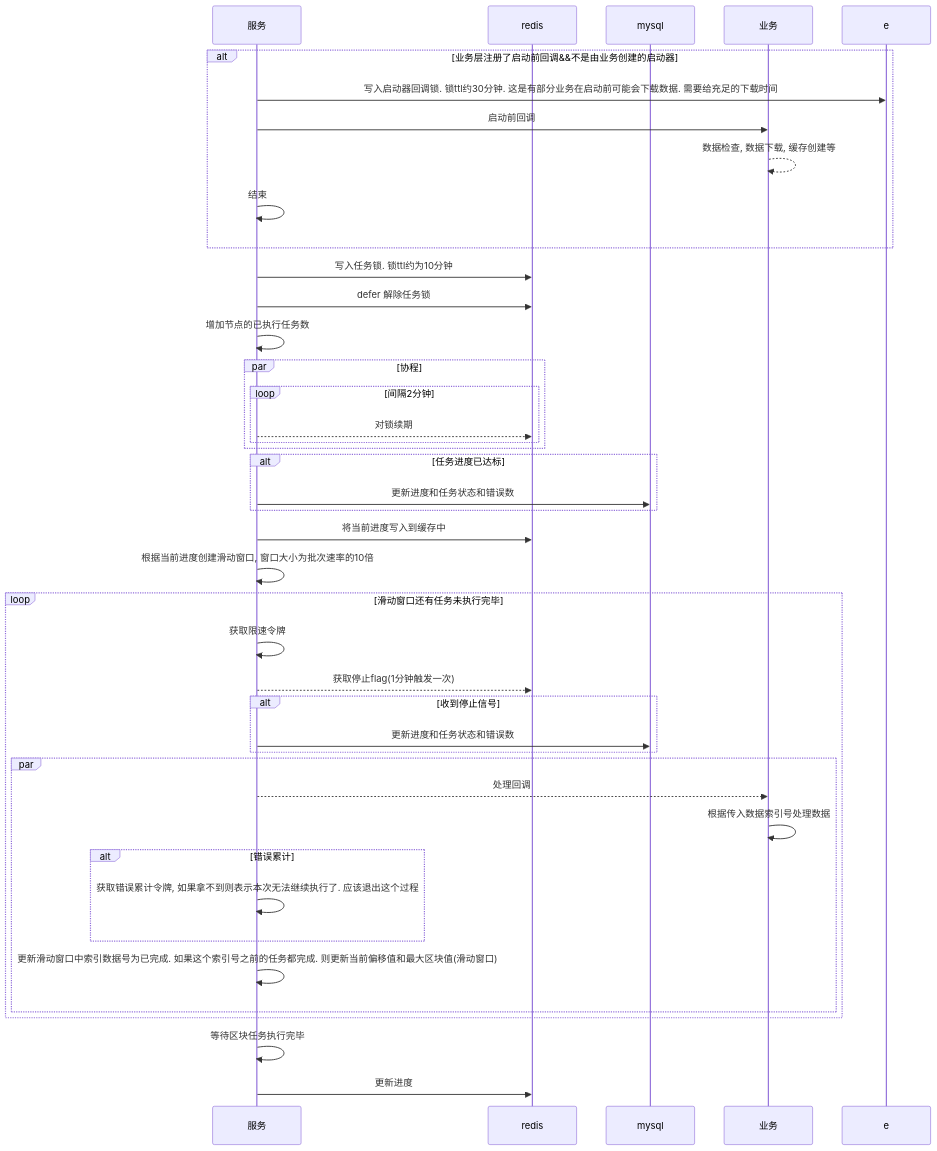
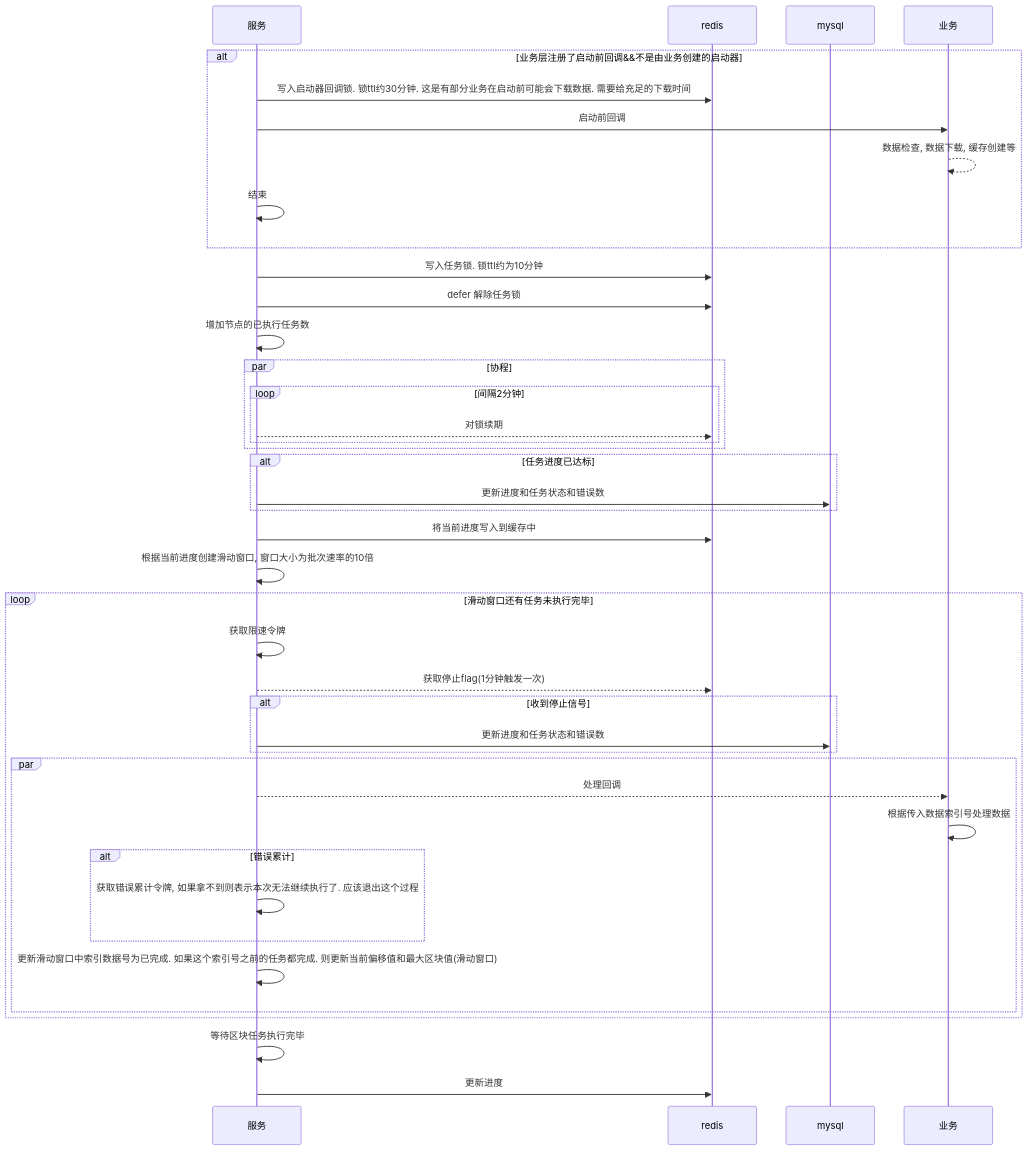
Before and after one commit to zlyuancn/batch_job: the third of 5 diagrams in readme.md, drawn with Mermaid. The commit also changed other lines of this file, not shown here.

````diff
--- a/readme.md
+++ b/readme.md
@@ -68,52 +68,52 @@
 ```mermaid
 sequenceDiagram
 participant b as 服务
 participant c as redis
 participant d as mysql
 participant f as 业务
 
 alt 业务层注册了启动前回调&&不是由业务创建的启动器
-  b ->> e: 写入启动器回调锁. 锁ttl约30分钟. 这是有部分业务在启动前可能会下载数据. 需要给充足的下载时间
+  b ->> c: 写入启动器回调锁. 锁ttl约30分钟. 这是有部分业务在启动前可能会下载数据. 需要给充足的下载时间
   b ->> f: 启动前回调
   f -->> f: 数据检查, 数据下载, 缓存创建等
   b ->> b: 结束
 end
 
 b ->> c: 写入任务锁. 锁ttl约为10分钟
 b ->> c: defer 解除任务锁
 
 b ->> b: 增加节点的已执行任务数
 par 协程
   loop 间隔2分钟
    b -->> c: 对锁续期
   end
 end
 
 alt 任务进度已达标
   b ->> d: 更新进度和任务状态和错误数
 end
 
 b ->> c: 将当前进度写入到缓存中
 
 b ->> b: 根据当前进度创建滑动窗口, 窗口大小为批次速率的10倍
 
 loop 滑动窗口还有任务未执行完毕
   b ->> b: 获取限速令牌
   
   b -->> c: 获取停止flag(1分钟触发一次)
   alt 收到停止信号
     b ->> d: 更新进度和任务状态和错误数
   end
   
   par
     b -->> f: 处理回调
     f ->> f: 根据传入数据索引号处理数据
     alt 错误累计
       b ->> b: 获取错误累计令牌, 如果拿不到则表示本次无法继续执行了. 应该退出这个过程
     end
     b ->> b: 更新滑动窗口中索引数据号为已完成. 如果这个索引号之前的任务都完成. 则更新当前偏移值和最大区块值(滑动窗口)
   end
 end
 b ->> b: 等待区块任务执行完毕
 b ->> c: 更新进度
 ```
````
